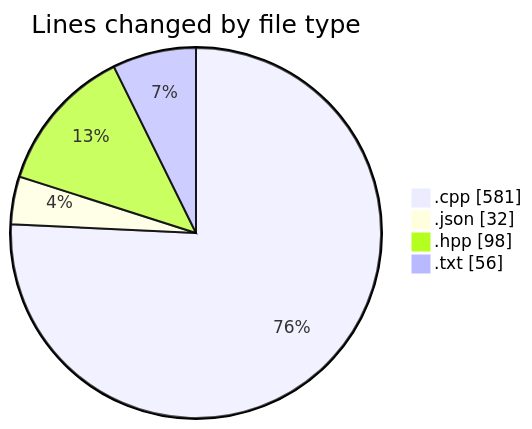
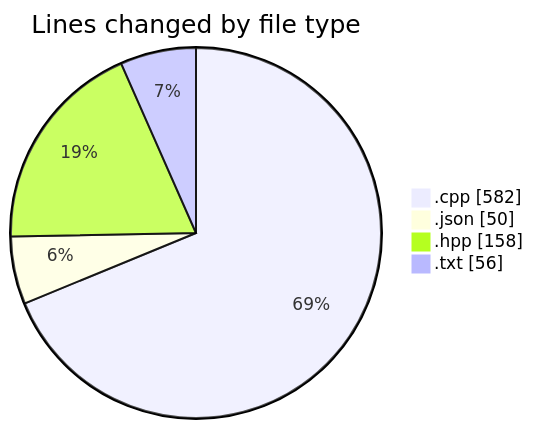
One commit to Netris89/code-tracking changed the first of 2 diagrams in 2025-04-21/echo/README.md. Above: the diagram before and after it, drawn with Mermaid. The commit also changed other lines of this file and 1 other file, not shown here.

````diff
--- a/2025-04-21/echo/README.md
+++ b/2025-04-21/echo/README.md
@@ -25,8 +25,8 @@
 ```mermaid
 pie showData
 title Lines changed by file type
-".cpp" : 581
-".json" : 32
-".hpp" : 98
+".cpp" : 582
+".json" : 50
+".hpp" : 158
 ".txt" : 56
 ```
````
